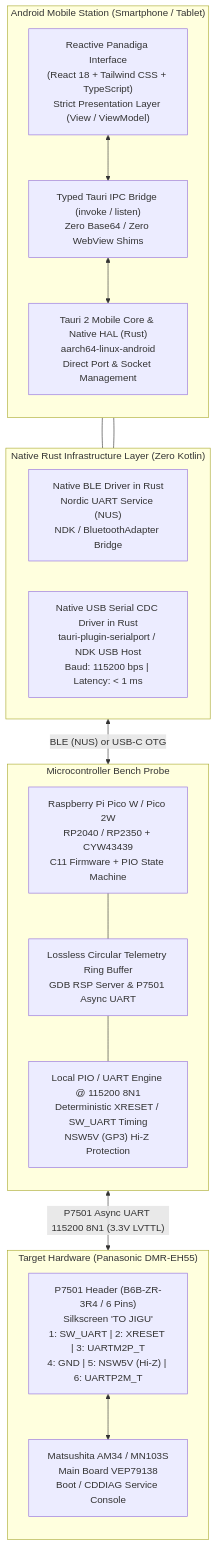
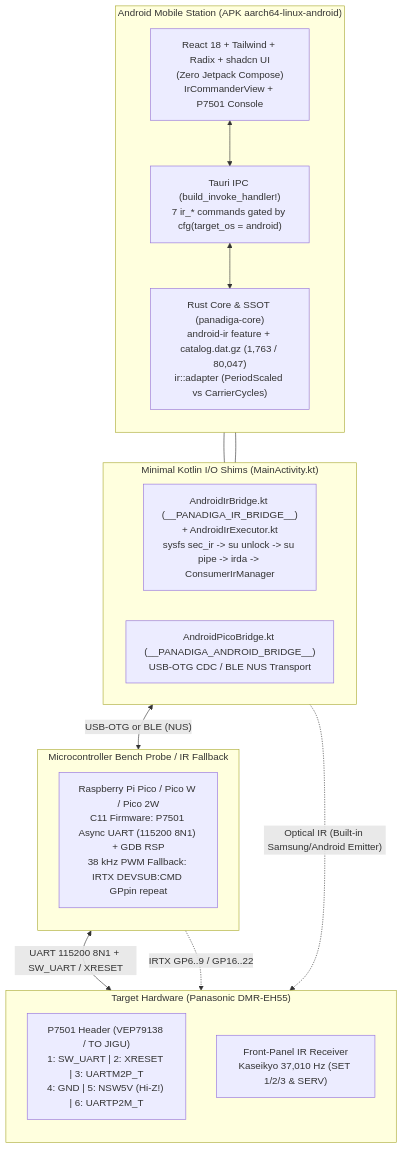
Before and after one commit to orgchrono/Panadiga: the first of 2 diagrams in docs/en-US/ANDROID_APK_AND_BLUETOOTH_ARCHITECTURE.md, drawn with Mermaid. The commit also changed other lines of this file and 139 other files, not shown here.

First line of the commit message:
feat(apk,nor,pico,re,docs): unify Android IR Commander, 2-layer NOR JEDEC, glitch-immune BAUDSCAN, async GDB proxy & 447-code bench wizard

````diff
--- a/docs/en-US/ANDROID_APK_AND_BLUETOOTH_ARCHITECTURE.md
+++ b/docs/en-US/ANDROID_APK_AND_BLUETOOTH_ARCHITECTURE.md
@@ -18,38 +22,35 @@
 ```mermaid
 flowchart TD
-    subgraph Mobile["Android Mobile Station (Smartphone / Tablet)"]
+    subgraph Mobile["Android Mobile Station (APK aarch64-linux-android)"]
         direction TB
-        UI["Reactive Panadiga Interface<br/>(React 18 + Tailwind CSS + TypeScript)<br/>Strict Presentation Layer (View / ViewModel)"]
-        IPC["Typed Tauri IPC Bridge (invoke / listen)<br/>Zero Base64 / Zero WebView Shims"]
-        TAURI_RUST["Tauri 2 Mobile Core & Native HAL (Rust)<br/>aarch64-linux-android<br/>Direct Port & Socket Management"]
+        UI["React 18 + Tailwind + Radix + shadcn UI<br/>(Zero Jetpack Compose)<br/>IrCommanderView + P7501 Console"]
+        IPC["Tauri IPC (build_invoke_handler!)<br/>7 ir_* commands gated by cfg(target_os = android)"]
+        RUST["Rust Core & SSOT (panadiga-core)<br/>android-ir feature + catalog.dat.gz (1,763 / 80,047)<br/>ir::adapter (PeriodScaled vs CarrierCycles)"]
         UI <--> IPC
-        IPC <--> TAURI_RUST
+        IPC <--> RUST
     end
 
-    subgraph NativeHAL["Native Rust Infrastructure Layer (Zero Kotlin)"]
+    subgraph KotlinShim["Minimal Kotlin I/O Shims (MainActivity.kt)"]
         direction LR
-        BLE_CORE["Native BLE Driver in Rust<br/>Nordic UART Service (NUS)<br/>NDK / BluetoothAdapter Bridge"]
-        USB_CORE["Native USB Serial CDC Driver in Rust<br/>tauri-plugin-serialport / NDK USB Host<br/>Baud: 115200 bps | Latency: < 1 ms"]
-        TAURI_RUST --- BLE_CORE
-        TAURI_RUST --- USB_CORE
+        IR_SHIM["AndroidIrBridge.kt (__PANADIGA_IR_BRIDGE__)<br/>+ AndroidIrExecutor.kt<br/>sysfs sec_ir -> su unlock -> su pipe -> irda -> ConsumerIrManager"]
+        PICO_SHIM["AndroidPicoBridge.kt (__PANADIGA_ANDROID_BRIDGE__)<br/>USB-OTG CDC / BLE NUS Transport"]
+        RUST --- IR_SHIM
+        RUST --- PICO_SHIM
     end
 
-    subgraph Probe["Microcontroller Bench Probe"]
+    subgraph Probe["Microcontroller Bench Probe / IR Fallback"]
         direction TB
-        PICO["Raspberry Pi Pico W / Pico 2W<br/>RP2040 / RP2350 + CYW43439<br/>C11 Firmware + PIO State Machine"]
-        BUFFER["Lossless Circular Telemetry Ring Buffer<br/>GDB RSP Server & P7501 Async UART"]
-        PIO_ENG["Local PIO / UART Engine @ 115200 8N1<br/>Deterministic XRESET / SW_UART Timing<br/>NSW5V (GP3) Hi-Z Protection"]
-        PICO --- BUFFER
-        BUFFER --- PIO_ENG
+        PICO["Raspberry Pi Pico / Pico W / Pico 2W<br/>C11 Firmware: P7501 Async UART (115200 8N1) + GDB RSP<br/>38 kHz PWM Fallback: IRTX DEVSUB:CMD GPpin repeat"]
     end
 
     subgraph Target["Target Hardware (Panasonic DMR-EH55)"]
         direction TB
-        P7501["P7501 Header (B6B-ZR-3R4 / 6 Pins)<br/>Silkscreen 'TO JIGU'<br/>1: SW_UART | 2: XRESET | 3: UARTM2P_T<br/>4: GND | 5: NSW5V (Hi-Z) | 6: UARTP2M_T"]
-        AM34["Matsushita AM34 / MN103S<br/>Main Board VEP79138<br/>Boot / CDDIAG Service Console"]
-        P7501 <--> AM34
+        P7501["P7501 Header (VEP79138 / TO JIGU)<br/>1: SW_UART | 2: XRESET | 3: UARTM2P_T<br/>4: GND | 5: NSW5V (Hi-Z!) | 6: UARTP2M_T"]
+        IR_RX["Front-Panel IR Receiver<br/>Kaseikyo 37,010 Hz (SET 1/2/3 & SERV)"]
     end
 
-    NativeHAL <-->|"BLE (NUS) or USB-C OTG"| Probe
-    Probe <-->|"P7501 Async UART 115200 8N1 (3.3V LVTTL)"| Target
+    PICO_SHIM <-->|"USB-OTG or BLE (NUS)"| PICO
+    PICO <-->|"UART 115200 8N1 + SW_UART / XRESET"| P7501
+    IR_SHIM -.->|"Optical IR (Built-in Samsung/Android Emitter)"| IR_RX
+    PICO -.->|"IRTX GP6..9 / GP16..22"| IR_RX
 ```
````
